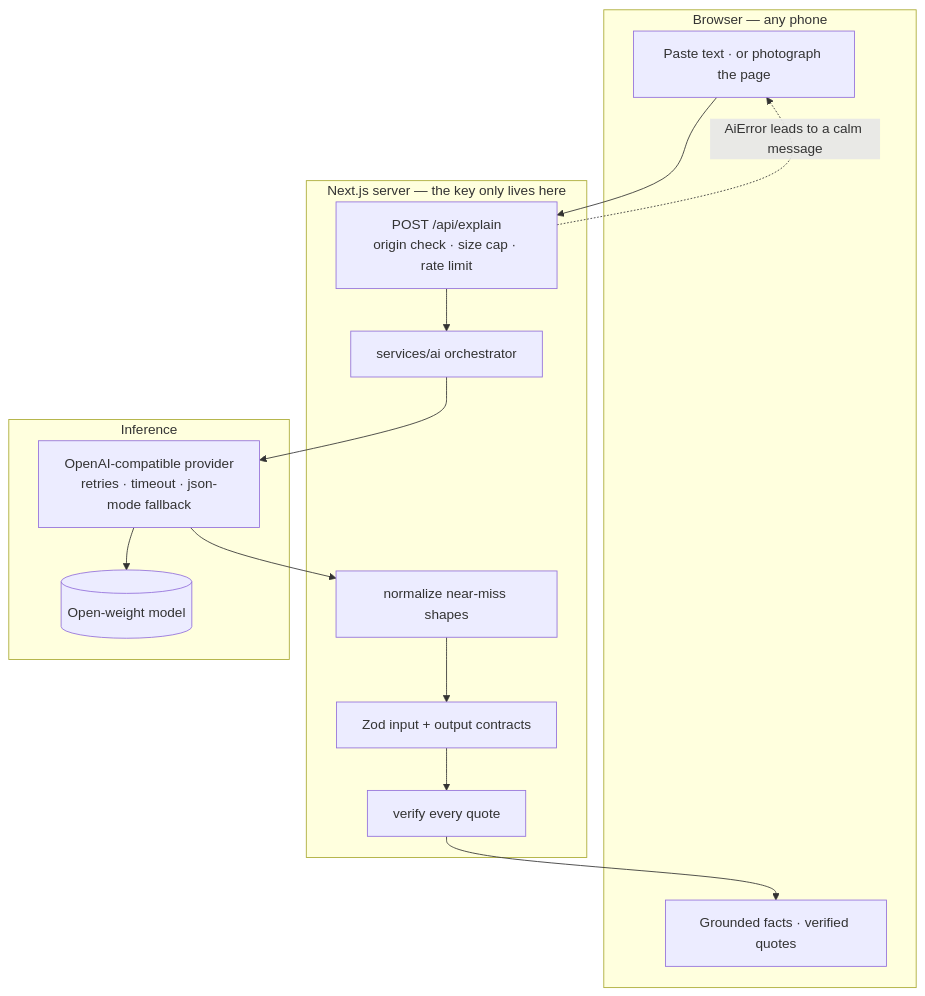
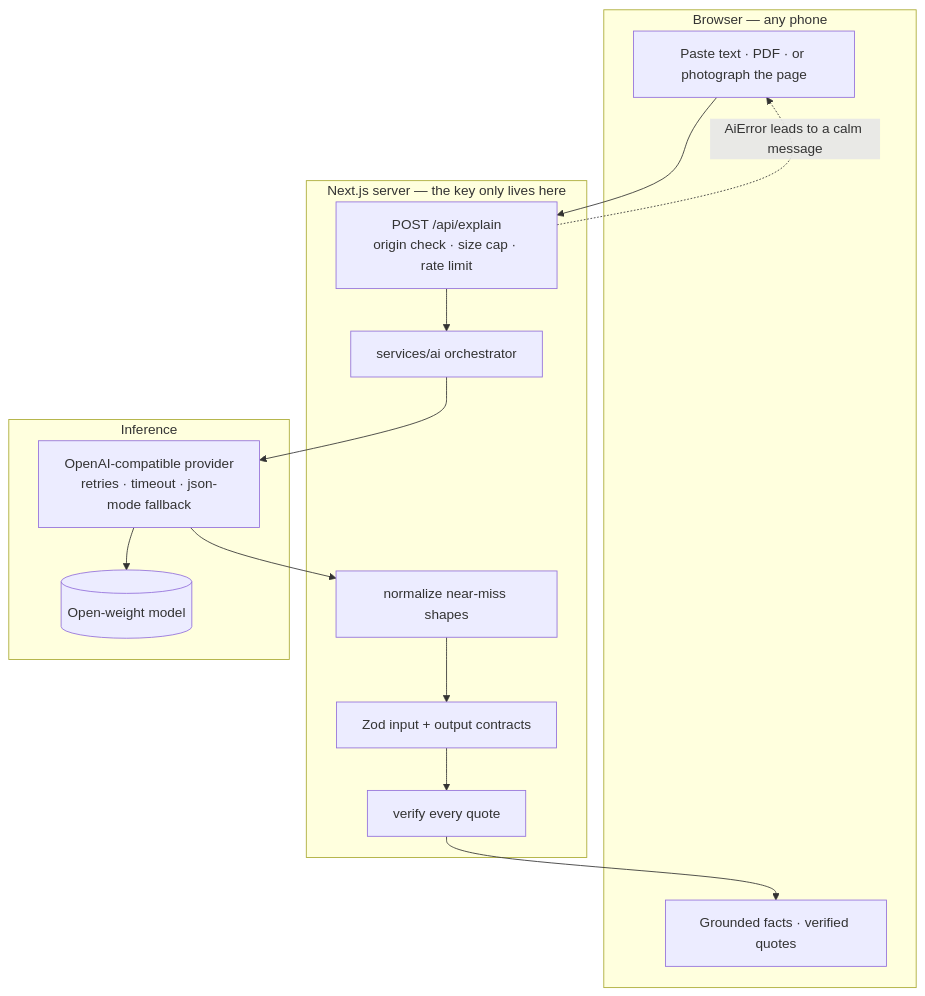
Before and after one commit to AdityaAneNenu/samajh: the diagram in docs/dev-post-draft.md, drawn with Mermaid. The commit also changed other lines of this file and 26 other files, not shown here.

````diff
--- a/docs/dev-post-draft.md
+++ b/docs/dev-post-draft.md
@@ -68,22 +74,22 @@
 ```mermaid
 flowchart TB
     subgraph Browser["Browser — any phone"]
-        Form["Paste text · or photograph the page"]
+        Form["Paste text · PDF · or photograph the page"]
         View["Grounded facts · verified quotes"]
     end
     subgraph Server["Next.js server — the key only lives here"]
         Route["POST /api/explain<br/>origin check · size cap · rate limit"]
         Service["services/ai orchestrator"]
         Norm["normalize near-miss shapes"]
         Schema["Zod input + output contracts"]
         Ground["verify every quote"]
     end
     subgraph Infer["Inference"]
         Compat["OpenAI-compatible provider<br/>retries · timeout · json-mode fallback"]
         Model[("Open-weight model")]
     end
     Form --> Route --> Service
     Service --> Compat --> Model
     Compat --> Norm --> Schema --> Ground --> View
     Route -.->|"AiError leads to a calm message"| Form
 ```
````
